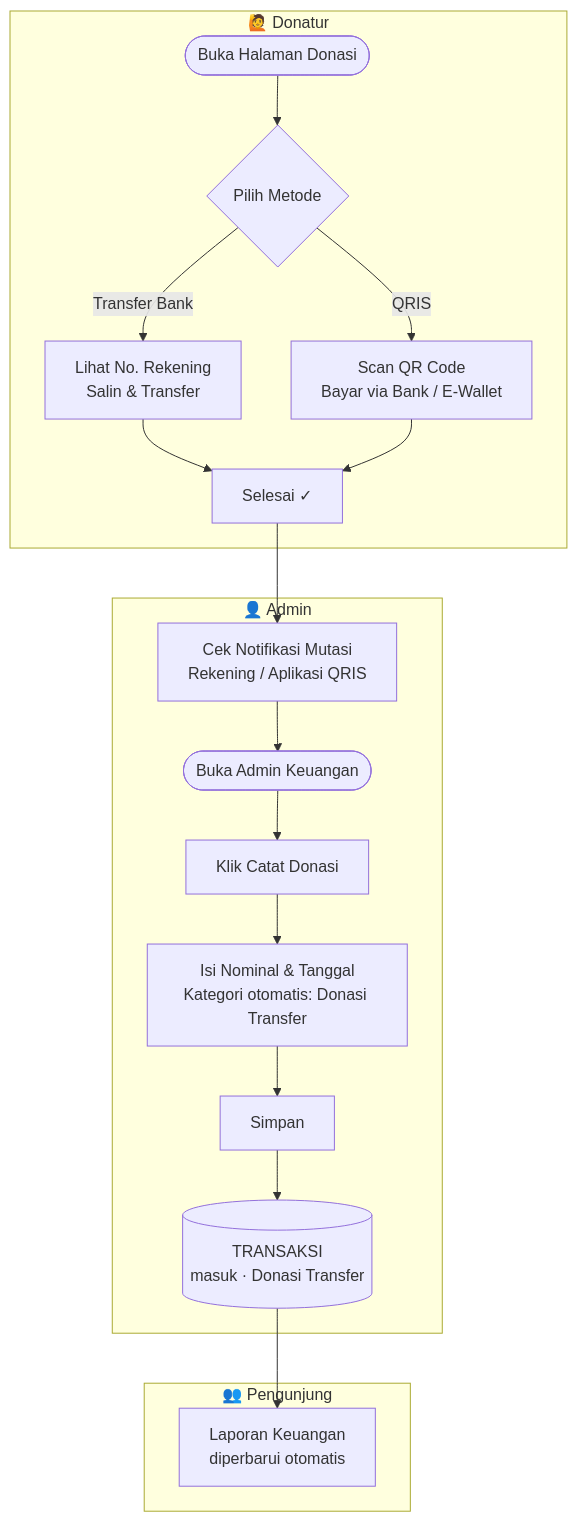
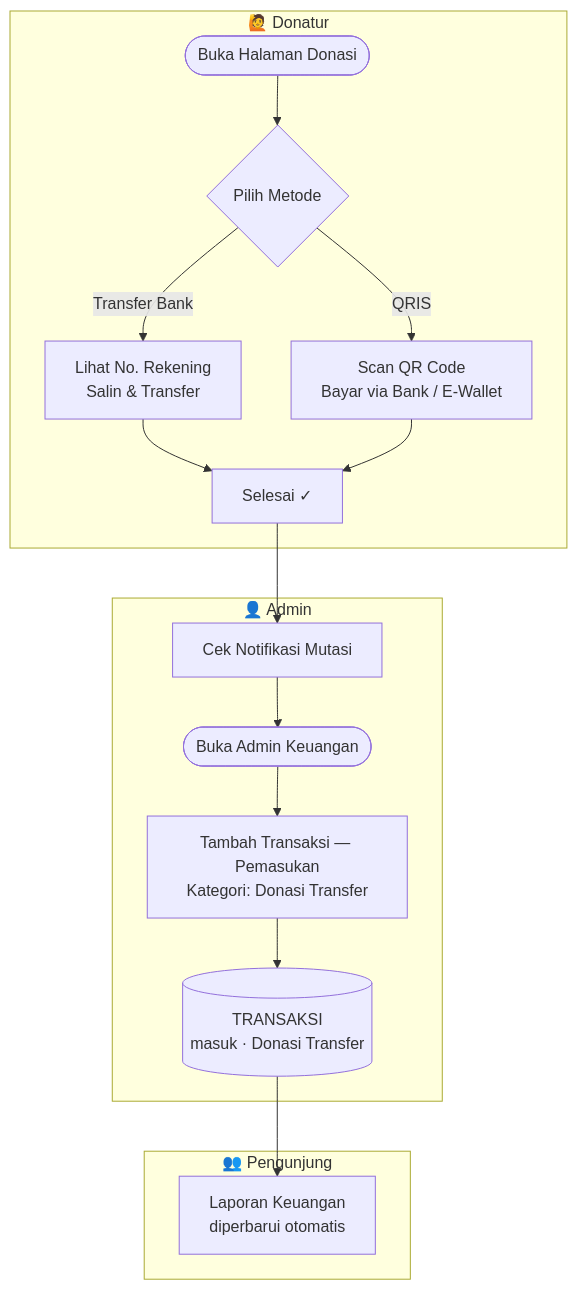
The seventh of 7 diagrams in ERD.md (nabilhatami86/masjid-al-hidayah), drawn with Mermaid before and after one commit. The commit also changed other lines of this file and 19 other files, not shown here.

````diff
--- a/ERD.md
+++ b/ERD.md
@@ -345,23 +468,21 @@
 ```mermaid
 flowchart TD
     subgraph DONATUR["🙋 Donatur"]
         D1([Buka Halaman Donasi]) --> D2{Pilih Metode}
         D2 -- Transfer Bank --> D3[Lihat No. Rekening\nSalin & Transfer]
         D2 -- QRIS --> D4[Scan QR Code\nBayar via Bank / E-Wallet]
         D3 --> D5[Selesai ✓]
         D4 --> D5
     end
 
     subgraph ADMIN["👤 Admin"]
-        D5 --> A1[Cek Notifikasi Mutasi\nRekening / Aplikasi QRIS]
+        D5 --> A1[Cek Notifikasi Mutasi]
         A1 --> A2([Buka Admin Keuangan])
-        A2 --> A3[Klik Catat Donasi]
-        A3 --> A4[Isi Nominal & Tanggal\nKategori otomatis: Donasi Transfer]
-        A4 --> A5[Simpan]
-        A5 --> A6[(TRANSAKSI\nmasuk · Donasi Transfer)]
+        A2 --> A3[Tambah Transaksi — Pemasukan\nKategori: Donasi Transfer]
+        A3 --> A4[(TRANSAKSI\nmasuk · Donasi Transfer)]
     end
 
     subgraph PUBLIK["👥 Pengunjung"]
-        A6 --> P1[Laporan Keuangan\ndiperbarui otomatis]
+        A4 --> P1[Laporan Keuangan\ndiperbarui otomatis]
     end
 ```
````
